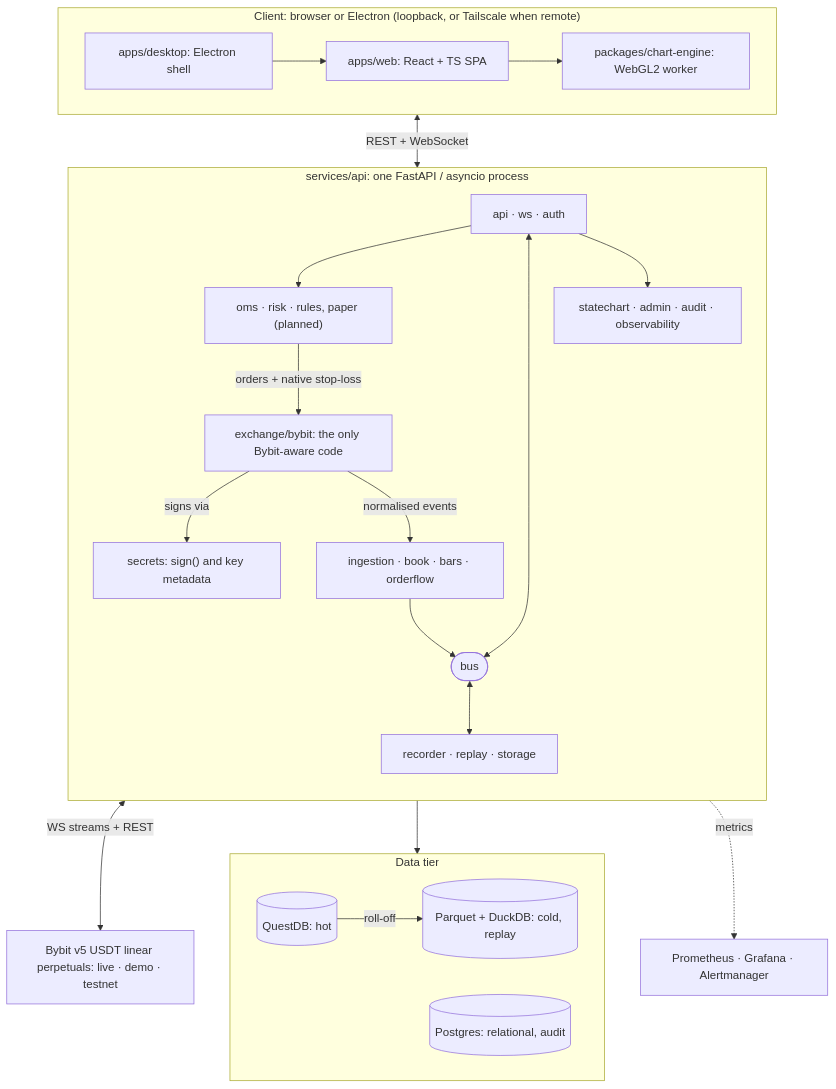
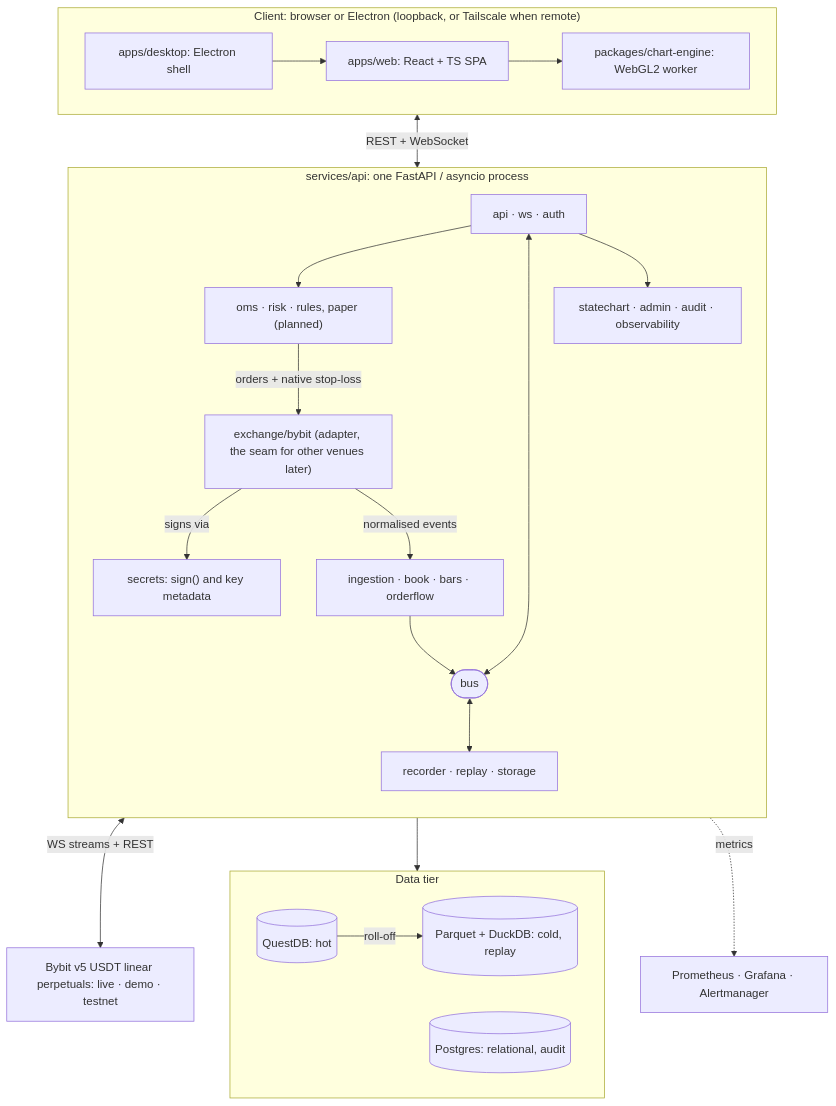
One commit to CandleViewer/CandleViewer changed the first of 4 diagrams in README.md. Above: the diagram before and after it, drawn with Mermaid. The commit also changed other lines of this file, not shown here.

First line of the commit message:
docs(docs): describe the exchange adapter seam for later venues

````diff
--- a/README.md
+++ b/README.md
@@ -59,34 +66,34 @@
 ```mermaid
 flowchart TB
   subgraph client["Client: browser or Electron (loopback, or Tailscale when remote)"]
     direction LR
     shell["apps/desktop: Electron shell"] --> spa["apps/web: React + TS SPA"] --> engine["packages/chart-engine: WebGL2 worker"]
   end
 
   subgraph backend["services/api: one FastAPI / asyncio process"]
     direction TB
     edge["api · ws · auth"]
     edge --> exec["oms · risk · rules, paper (planned)"]
     edge <--> bus(["bus"])
     edge --> platform["statechart · admin · audit · observability"]
-    exec -->|"orders + native stop-loss"| adapter["exchange/bybit: the only Bybit-aware code"]
+    exec -->|"orders + native stop-loss"| adapter["exchange/bybit (adapter, the seam for other venues later)"]
     adapter -->|"signs via"| secrets["secrets: sign() and key metadata"]
     bus <--> history["recorder · replay · storage"]
     adapter -->|"normalised events"| market["ingestion · book · bars · orderflow"]
     market --> bus
   end
 
   subgraph stores["Data tier"]
     direction LR
     qdb[("QuestDB: hot")] -->|"roll-off"| cold[("Parquet + DuckDB: cold, replay")]
     pg[("Postgres: relational, audit")]
   end
 
   bybit["Bybit v5 USDT linear perpetuals: live · demo · testnet"]
   obs["Prometheus · Grafana · Alertmanager"]
 
   client <-->|"REST + WebSocket"| backend
   backend <-->|"WS streams + REST"| bybit
   backend --> stores
   backend -.->|"metrics"| obs
 ```
````
